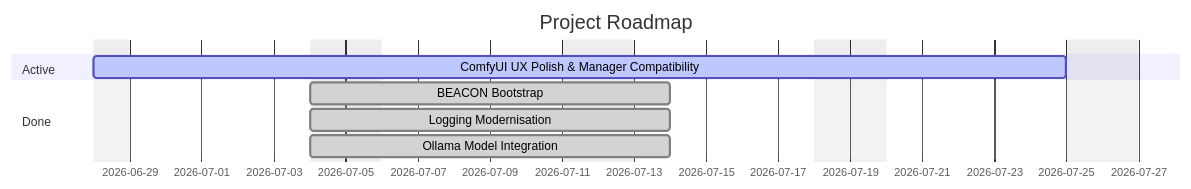
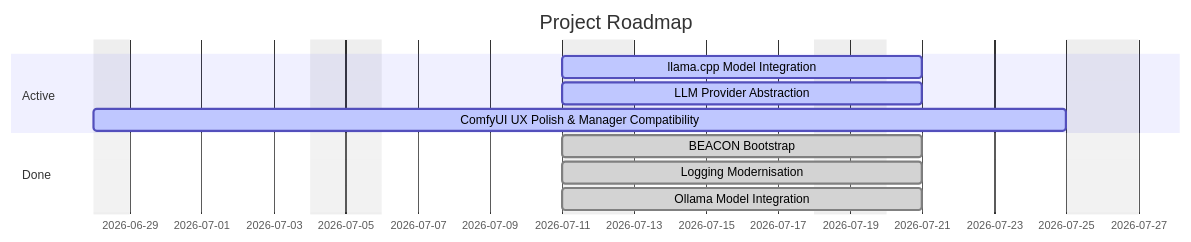
Before and after one commit to darth-veitcher/comfydv: the diagram in ROADMAP.md, drawn with Mermaid. The commit also changed other lines of this file, not shown here.

Commit message:
chore(beacon): regenerate ROADMAP.md rollup
Follow-up to the llamacpp-integration epic status edit — beacon epic
refresh regenerates this file automatically.

Claude-Session: https://claude.ai/code/session_0132ojafeazQ3ephcBejEWFj

````diff
--- a/ROADMAP.md
+++ b/ROADMAP.md
@@ -9,15 +9,17 @@
 ```mermaid
 gantt
     title Project Roadmap
     dateFormat  YYYY-MM-DD
     excludes    weekends
 
     section Active
+    llama.cpp Model Integration :active, llamacpp-integration, 2026-07-11, 7d
+    LLM Provider Abstraction :active, llm-provider-abstraction, 2026-07-11, 7d
     ComfyUI UX Polish & Manager Compatibility :active, ux-and-install, 2026-06-28, 21d
 
     section Done
-    BEACON Bootstrap :done, beacon-bootstrap, 2026-07-04, 7d
-    Logging Modernisation :done, logging-modernisation, 2026-07-04, 7d
-    Ollama Model Integration :done, ollama-integration, 2026-07-04, 7d
+    BEACON Bootstrap :done, beacon-bootstrap, 2026-07-11, 7d
+    Logging Modernisation :done, logging-modernisation, 2026-07-11, 7d
+    Ollama Model Integration :done, ollama-integration, 2026-07-11, 7d
 
 ```
````
